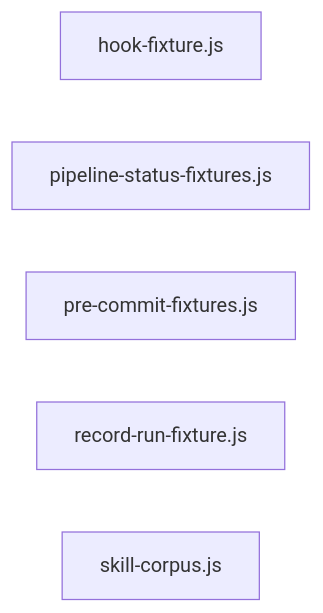
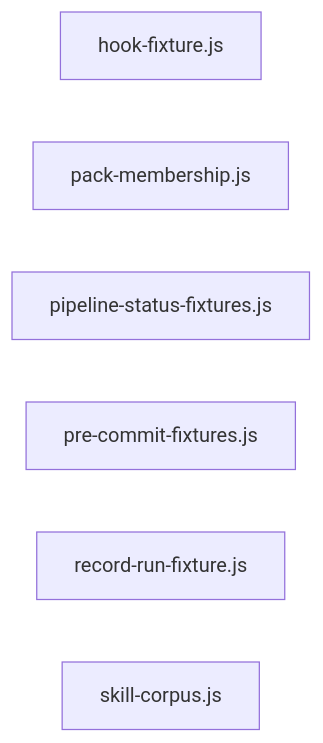
Before and after one commit to cwijayasundara/claude_harness_eng_v6: the diagram in specs/brownfield/wiki/pages/07-test-helpers.md, drawn with Mermaid. The commit also changed other lines of this file and 12 other files, not shown here.

````diff
--- a/specs/brownfield/wiki/pages/07-test-helpers.md
+++ b/specs/brownfield/wiki/pages/07-test-helpers.md
@@ -7,8 +7,9 @@
 ```mermaid
 flowchart LR
   n_js_test_helpers_hook_fixture_js["hook-fixture.js"]
+  n_js_test_helpers_pack_membership_js["pack-membership.js"]
   n_js_test_helpers_pipeline_status_fixtures_js["pipeline-status-fixtures.js"]
   n_js_test_helpers_pre_commit_fixtures_js["pre-commit-fixtures.js"]
   n_js_test_helpers_record_run_fixture_js["record-run-fixture.js"]
   n_js_test_helpers_skill_corpus_js["skill-corpus.js"]
 ```
````
